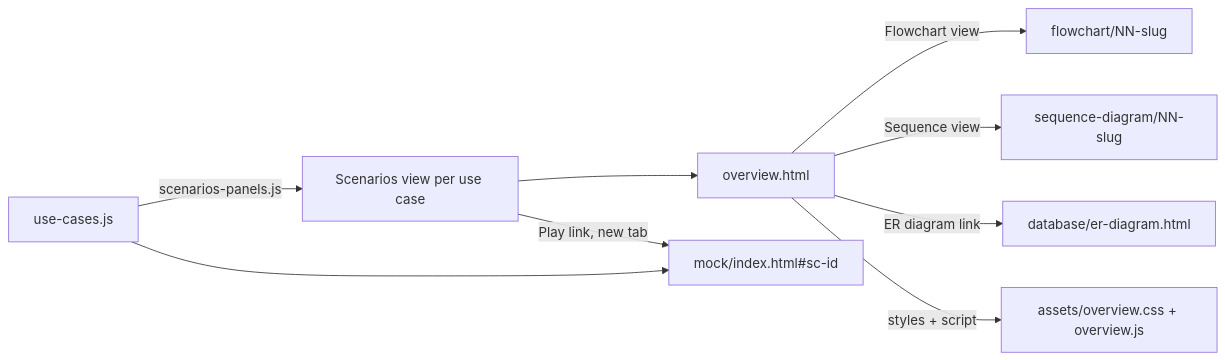
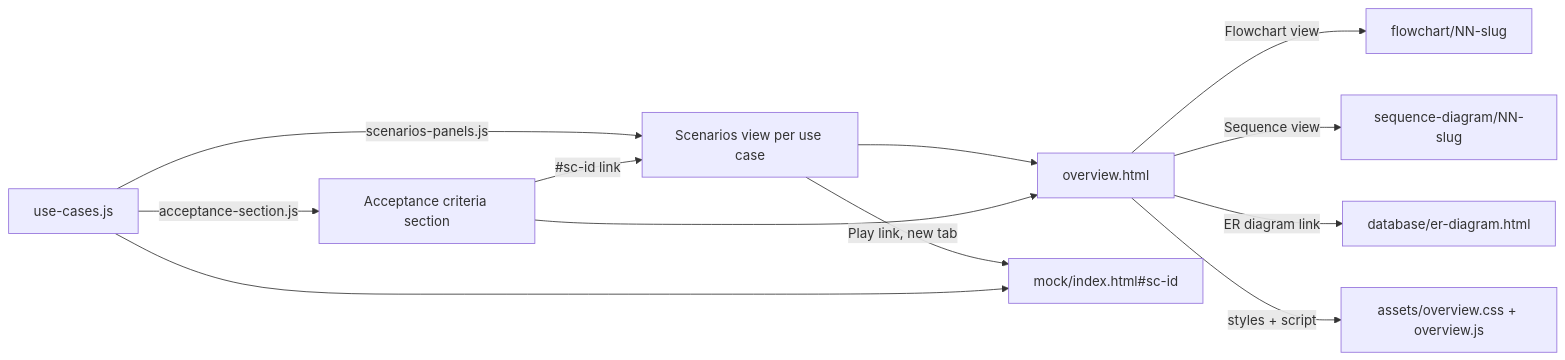
The third of 3 diagrams in plugins/naphatwx-tools/skills/design-feature/README.md (naphatwx/naphatwx-tools), drawn with Mermaid before and after one commit. The commit also changed other lines of this file and 66 other files, not shown here.

````diff
--- a/plugins/naphatwx-tools/skills/design-feature/README.md
+++ b/plugins/naphatwx-tools/skills/design-feature/README.md
@@ -71,11 +72,14 @@
 ```mermaid
 graph LR
     OV[overview.html] -->|"Flowchart view"| FC["flowchart/NN-slug"]
     OV -->|"Sequence view"| SQ["sequence-diagram/NN-slug"]
     OV -->|"ER diagram link"| ER[database/er-diagram.html]
     UCJ[use-cases.js] -->|scenarios-panels.js| SC["Scenarios view per use case"]
+    UCJ -->|acceptance-section.js| AC["Acceptance criteria section"]
     SC --> OV
+    AC --> OV
+    AC -->|"#sc-id link"| SC
     SC -->|"Play link, new tab"| MK["mock/index.html#sc-id"]
     UCJ --> MK
     OV -->|styles + script| AS[assets/overview.css + overview.js]
 ```
````
